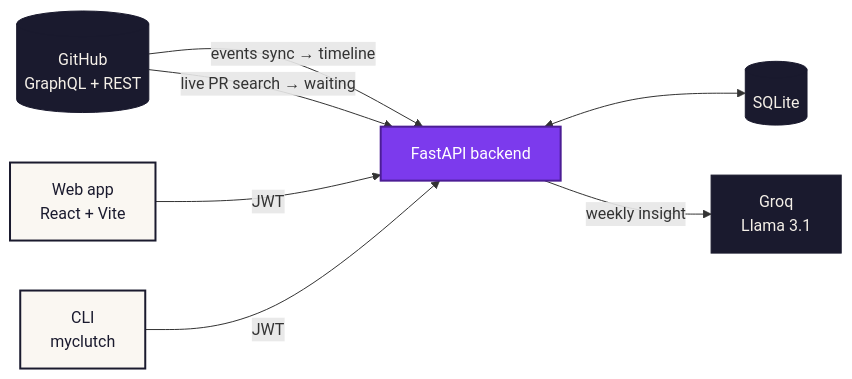
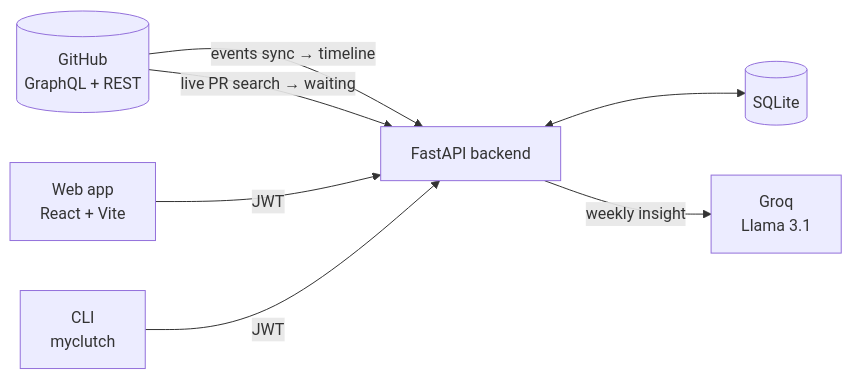
One commit to laypatel13/clutch changed the diagram in README.md. Above: the diagram before and after it, drawn with Mermaid. The commit also changed other lines of this file and 11 other files, not shown here.

````diff
--- a/README.md
+++ b/README.md
@@ -111,23 +55,16 @@
 ```mermaid
 flowchart LR
     GH[("GitHub<br/>GraphQL + REST")]
     API["FastAPI backend"]
     DB[("SQLite")]
     AI["Groq<br/>Llama 3.1"]
     WEB["Web app<br/>React + Vite"]
     CLI["CLI<br/>myclutch"]
 
     GH -- "events sync → timeline" --> API
     GH -- "live PR search → waiting" --> API
     API <--> DB
     API -- "weekly insight" --> AI
     WEB -- "JWT" --> API
     CLI -- "JWT" --> API
-
-    classDef ink fill:#1a1a2e,stroke:#1a1a2e,color:#f5f0e8
-    classDef paper fill:#faf7f2,stroke:#1a1a2e,stroke-width:2px,color:#1a1a2e
-    classDef accent fill:#7c3aed,stroke:#4c1d95,stroke-width:2px,color:#ffffff
-    class API accent
-    class WEB,CLI paper
-    class GH,DB,AI ink
 ```
````
